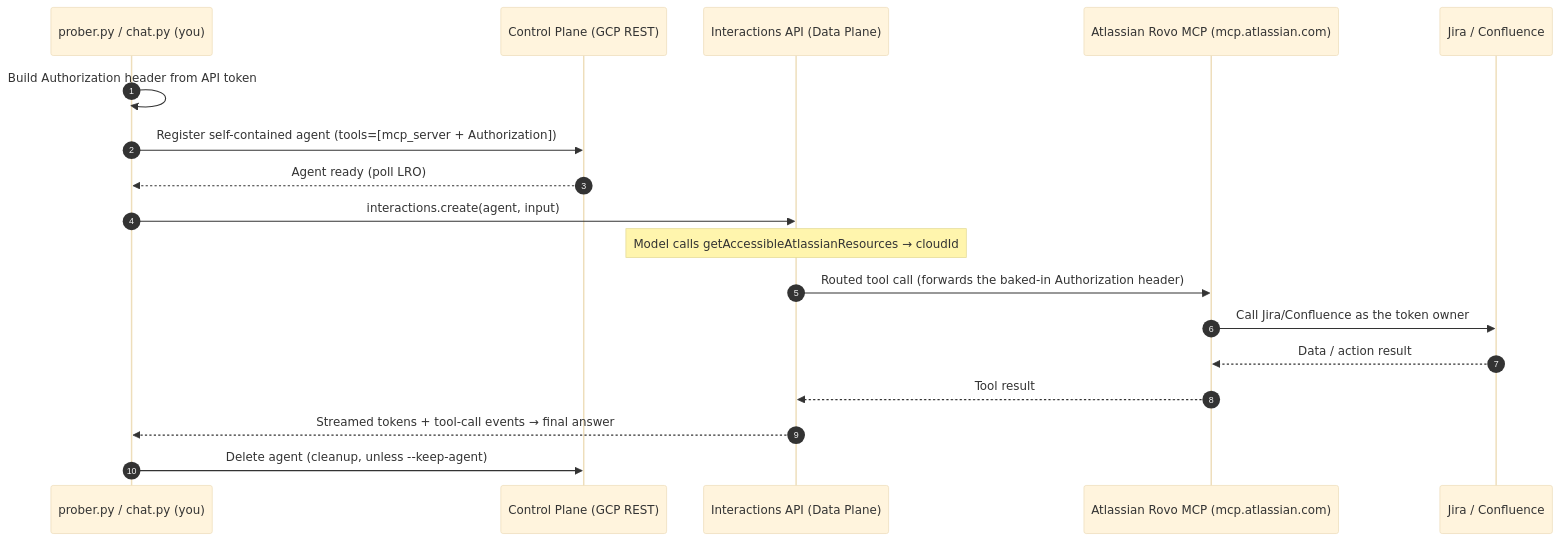
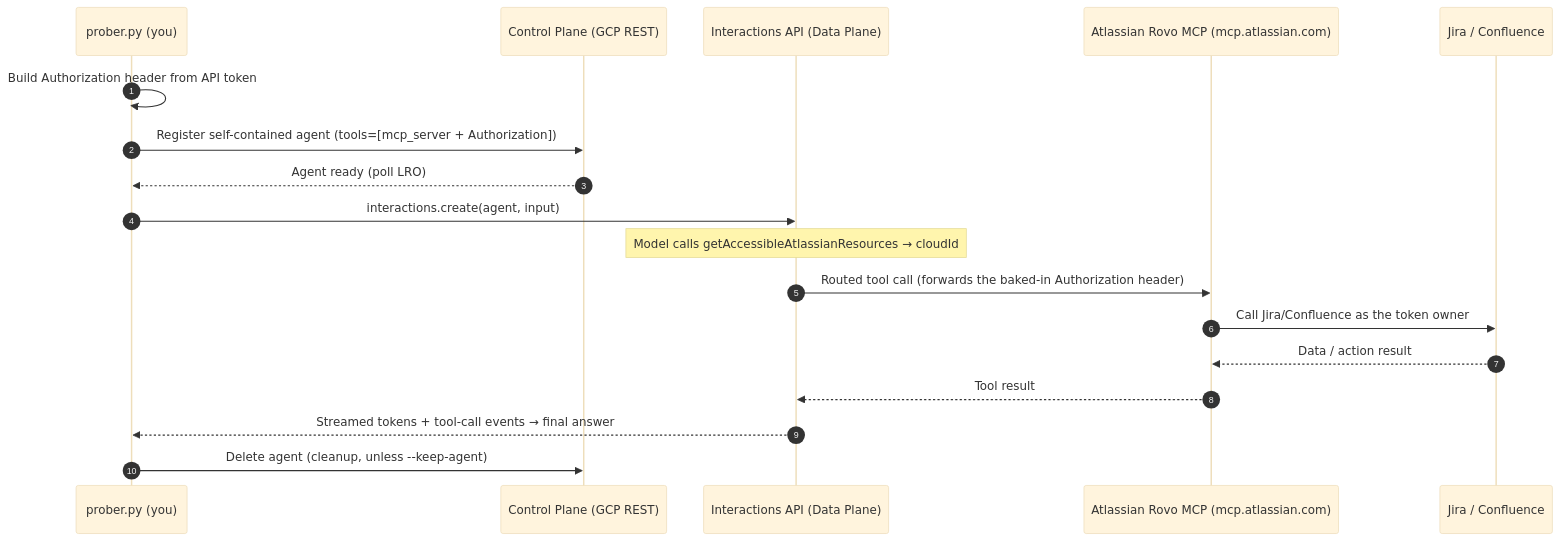
The diagram in agent_templates/atlassian_chat_agent/README.md (fuzerg/Google-Agents-API-Examples), drawn with Mermaid (base theme) before and after one commit. The commit also changed other lines of this file and 2 other files, not shown here.

First line of the commit message:
refactor: focus chat.py on interactive chat; document env vars & .env

````diff
--- a/agent_templates/atlassian_chat_agent/README.md
+++ b/agent_templates/atlassian_chat_agent/README.md
@@ -76,21 +76,21 @@
 ```mermaid
 sequenceDiagram
     autonumber
-    participant Dev as prober.py / chat.py (you)
+    participant Dev as prober.py (you)
     participant CP as Control Plane (GCP REST)
     participant DP as Interactions API (Data Plane)
     participant MCP as Atlassian Rovo MCP (mcp.atlassian.com)
     participant AT as Jira / Confluence
 
     Dev->>Dev: Build Authorization header from API token
     Dev->>CP: Register self-contained agent (tools=[mcp_server + Authorization])
     CP-->>Dev: Agent ready (poll LRO)
     Dev->>DP: interactions.create(agent, input)   # thin turn, no tools
     Note over DP: Model calls getAccessibleAtlassianResources → cloudId
     DP->>MCP: Routed tool call (forwards the baked-in Authorization header)
     MCP->>AT: Call Jira/Confluence as the token owner
     AT-->>MCP: Data / action result
     MCP-->>DP: Tool result
     DP-->>Dev: Streamed tokens + tool-call events → final answer
     Dev->>CP: Delete agent (cleanup, unless --keep-agent)
 ```
````
